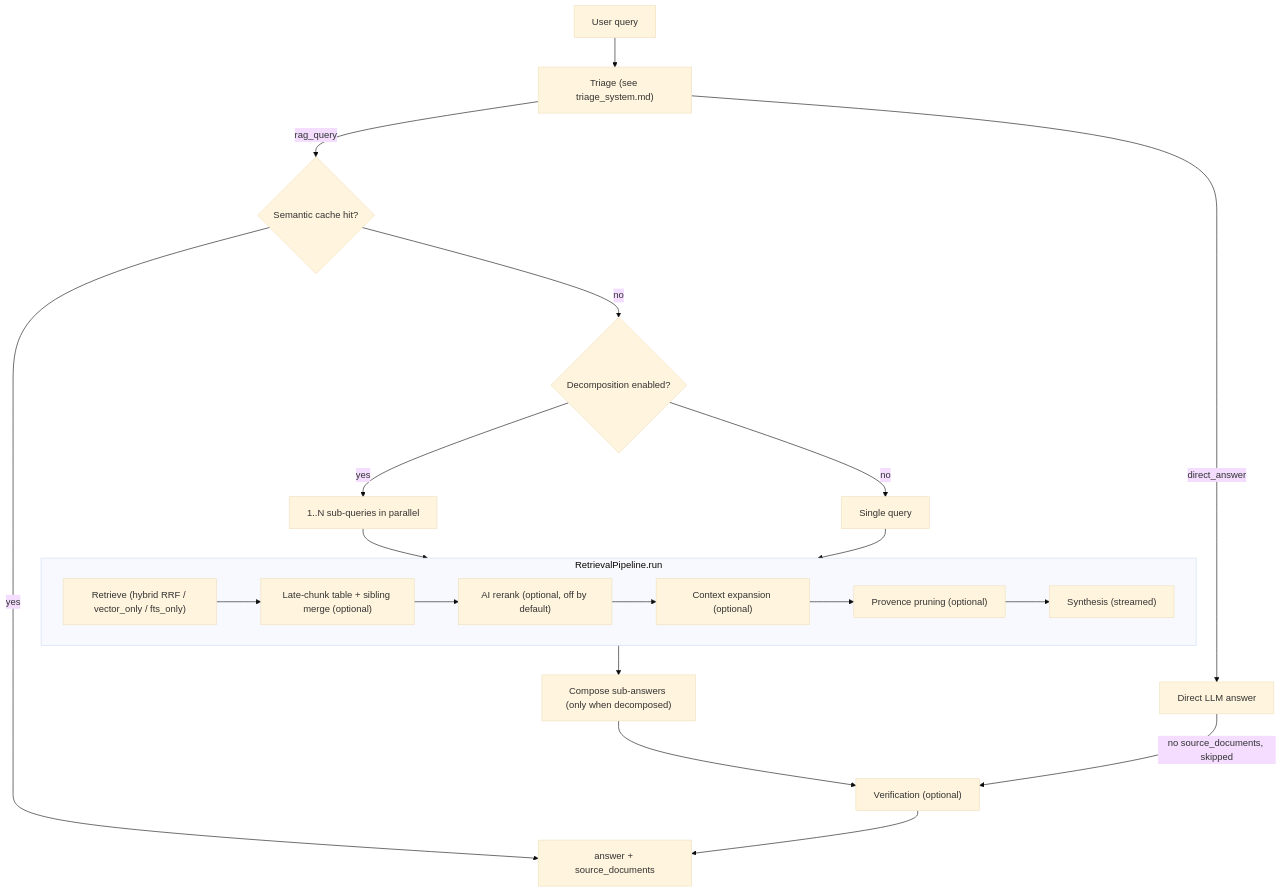
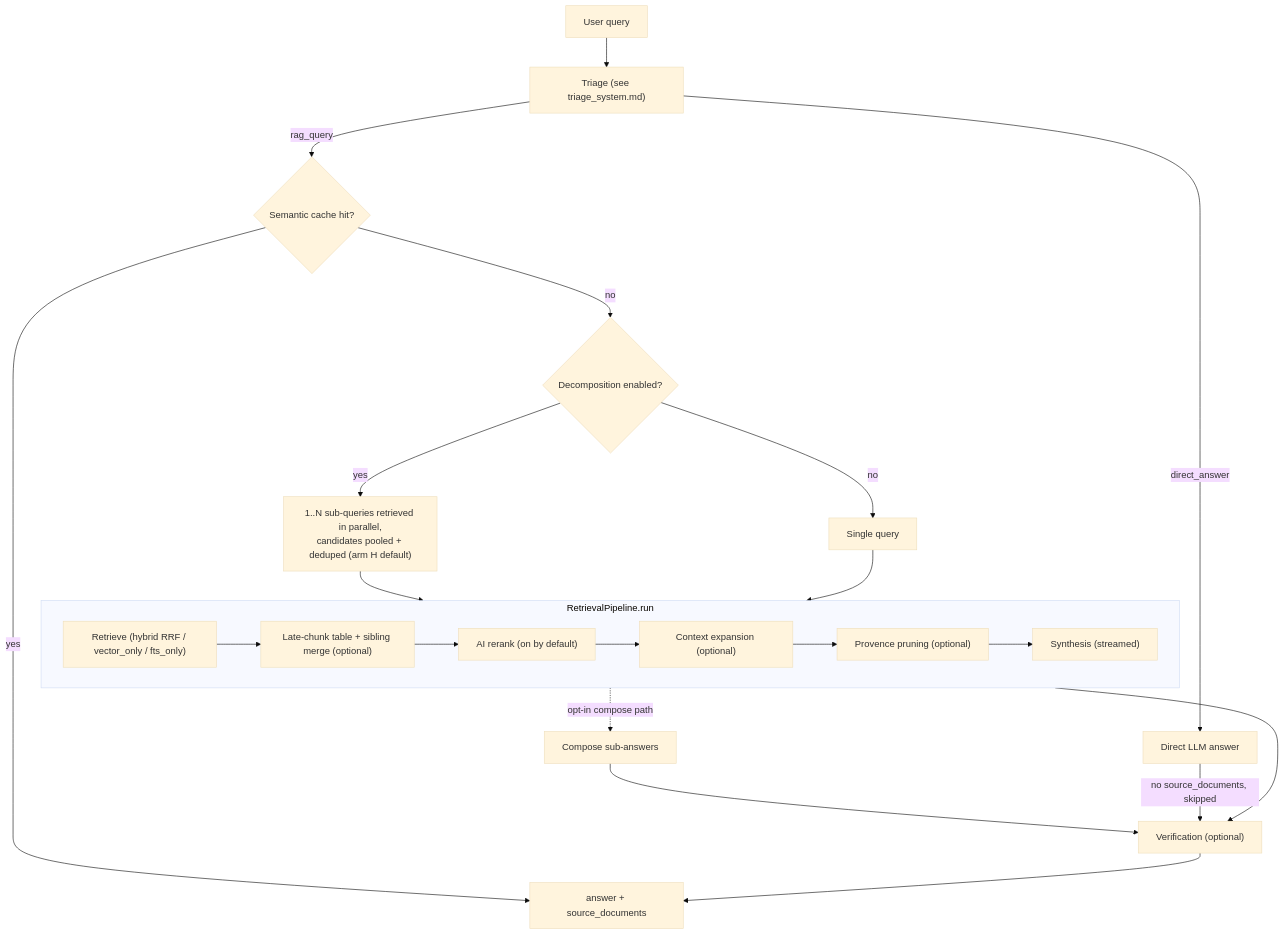
One commit to PromtEngineer/localGPT changed the diagram in Documentation/retrieval_pipeline.md. Above: the diagram before and after it, drawn with Mermaid (base theme). The commit also changed other lines of this file and 24 other files, not shown here.

````diff
--- a/Documentation/retrieval_pipeline.md
+++ b/Documentation/retrieval_pipeline.md
@@ -37,23 +37,24 @@
 ```mermaid
 flowchart TD
     Q["User query"] --> T["Triage (see triage_system.md)"]
     T -- direct_answer --> DA["Direct LLM answer"]
     T -- rag_query --> C{"Semantic cache hit?"}
     C -- yes --> OUT["answer + source_documents"]
     C -- no --> D{"Decomposition enabled?"}
-    D -- yes --> SUB["1..N sub-queries in parallel"]
+    D -- yes --> SUB["1..N sub-queries retrieved in parallel,<br/>candidates pooled + deduped (arm H default)"]
     D -- no --> ONE["Single query"]
     SUB --> RP
     ONE --> RP
     subgraph RP [RetrievalPipeline.run]
         R1["Retrieve (hybrid RRF / vector_only / fts_only)"] --> R2["Late-chunk table + sibling merge (optional)"]
-        R2 --> R3["AI rerank (optional, off by default)"]
+        R2 --> R3["AI rerank (on by default)"]
         R3 --> R4["Context expansion (optional)"]
         R4 --> R5["Provence pruning (optional)"]
         R5 --> R6["Synthesis (streamed)"]
     end
-    RP --> COMP["Compose sub-answers (only when decomposed)"]
-    COMP --> V["Verification (optional)"]
+    RP --> V["Verification (optional)"]
+    RP -. "opt-in compose path" .-> COMP["Compose sub-answers"]
+    COMP --> V
     DA -- "no source_documents, skipped" --> V
     V --> OUT
 ```
````
